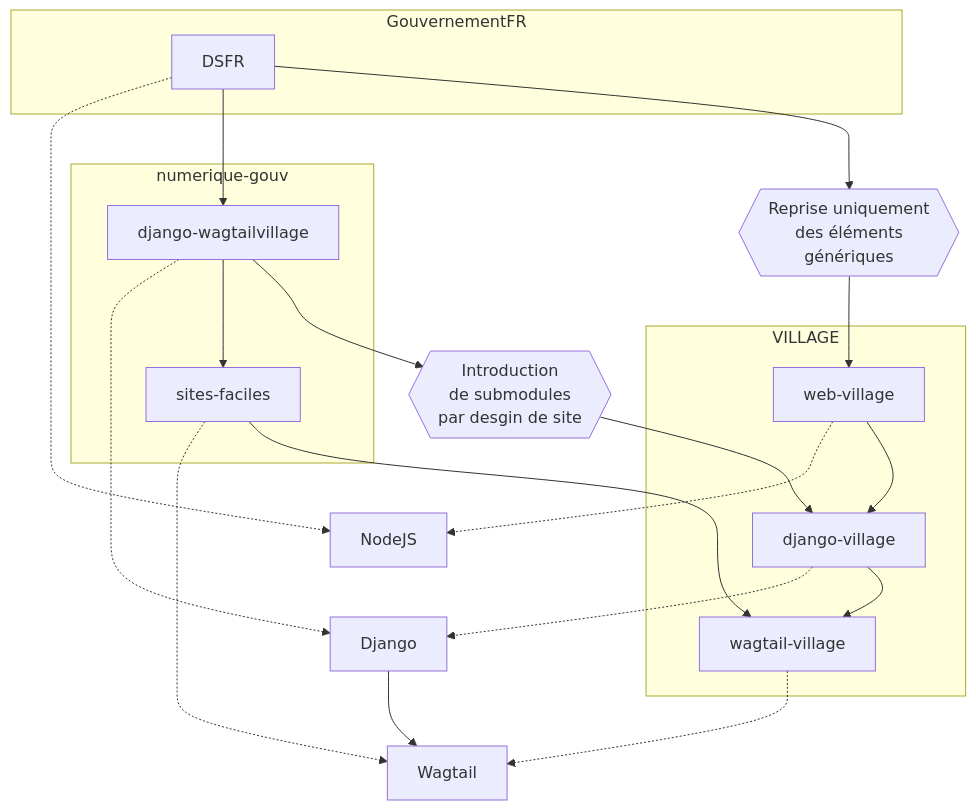
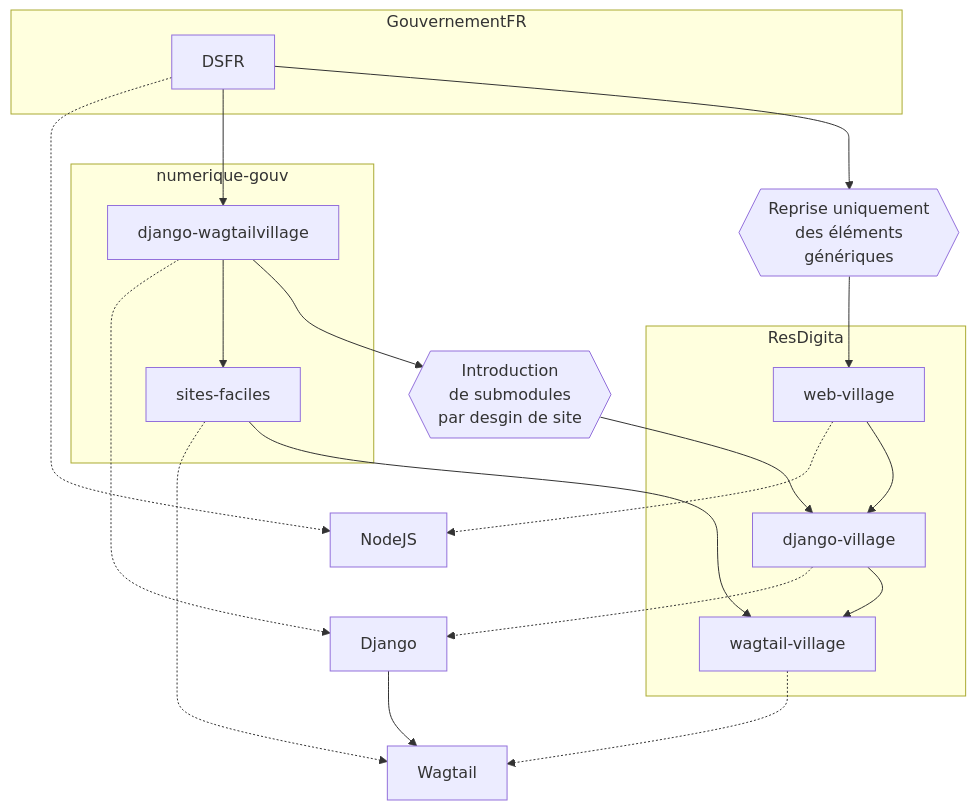
The diagram in README.md (chris2fr/wagtail-village), drawn with Mermaid before and after one commit.

````diff
--- a/README.md
+++ b/README.md
@@ -21,37 +21,37 @@
 ```mermaid
 flowchart TD
 
 subgraph GouvernementFR
 	DSFR
 end
 subgraph numerique-gouv
 	django-wagtailvillage
 	sites-faciles
 end
-subgraph VILLAGE 
+subgraph ResDigita 
 	web-village
 	django-village
 	wagtail-village
 end
 
 
 django-wagtailvillage -.-> Django 
  sites-faciles-.-> Wagtail 
  django-village -.-> Django
 wagtail-village -.-> Wagtail 
 DSFR -.-> NodeJS 
 web-village  -.-> NodeJS 
 
 DSFR --> django-wagtailvillage
 django-wagtailvillage --> sites-faciles
 DSFR --> uniquement-generique{{Reprise uniquement\ndes éléments\ngénériques}}
 uniquement-generique --> web-village
 web-village --> django-village
 
 django-wagtailvillage --> intro-submodules{{Introduction\nde submodules\npar desgin de site}}
 intro-submodules --> django-village
 django-village --> wagtail-village
 sites-faciles --> wagtail-village
 
 Django --> Wagtail
 ```
````
